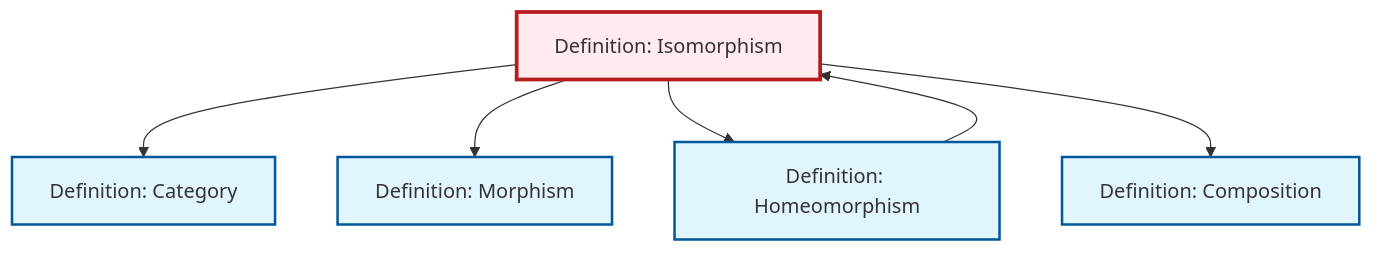
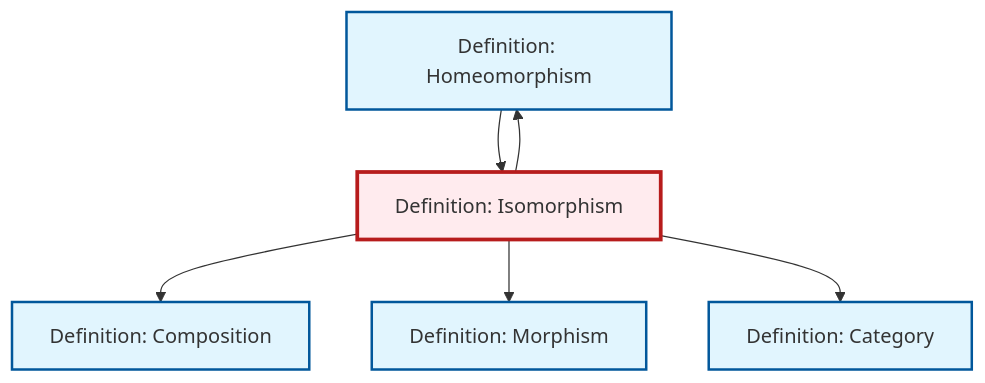
Before and after one commit to RK0429/ModernMath: the diagram in content/ja/category-theory/def-isomorphism.qmd, drawn with Mermaid. The commit also changed other lines of this file and 497 other files, not shown here.

````diff
--- a/content/ja/category-theory/def-isomorphism.qmd
+++ b/content/ja/category-theory/def-isomorphism.qmd
@@ -84,24 +84,24 @@
 ```{mermaid}
 %%| fig-cap: "Local dependency graph"
 graph TD
     classDef definition fill:#e1f5fe,stroke:#01579b,stroke-width:2px
     classDef theorem fill:#f3e5f5,stroke:#4a148c,stroke-width:2px
     classDef axiom fill:#fff3e0,stroke:#e65100,stroke-width:2px
     classDef example fill:#e8f5e9,stroke:#1b5e20,stroke-width:2px
     classDef current fill:#ffebee,stroke:#b71c1c,stroke-width:3px
+    def-morphism["Definition: Morphism"]:::definition
+    def-homeomorphism["Definition: Homeomorphism"]:::definition
+    def-category["Definition: Category"]:::definition
+    def-composition["Definition: Composition"]:::definition
     def-isomorphism["Definition: Isomorphism"]:::definition
-    def-morphism["Definition: Morphism"]:::definition
-    def-composition["Definition: Composition"]:::definition
-    def-category["Definition: Category"]:::definition
-    def-homeomorphism["Definition: Homeomorphism"]:::definition
-    def-isomorphism --> def-category
+    def-isomorphism --> def-composition
+    def-isomorphism --> def-homeomorphism
     def-homeomorphism --> def-isomorphism
     def-isomorphism --> def-morphism
-    def-isomorphism --> def-homeomorphism
-    def-isomorphism --> def-composition
+    def-isomorphism --> def-category
     class def-isomorphism current
     click def-morphism "def-morphism.html" "Definition: Morphismへ"
+    click def-homeomorphism "def-homeomorphism.html" "Definition: Homeomorphismへ"
+    click def-category "def-category.html" "Definition: Categoryへ"
     click def-composition "def-composition.html" "Definition: Compositionへ"
-    click def-category "def-category.html" "Definition: Categoryへ"
-    click def-homeomorphism "def-homeomorphism.html" "Definition: Homeomorphismへ"
 ```
````
